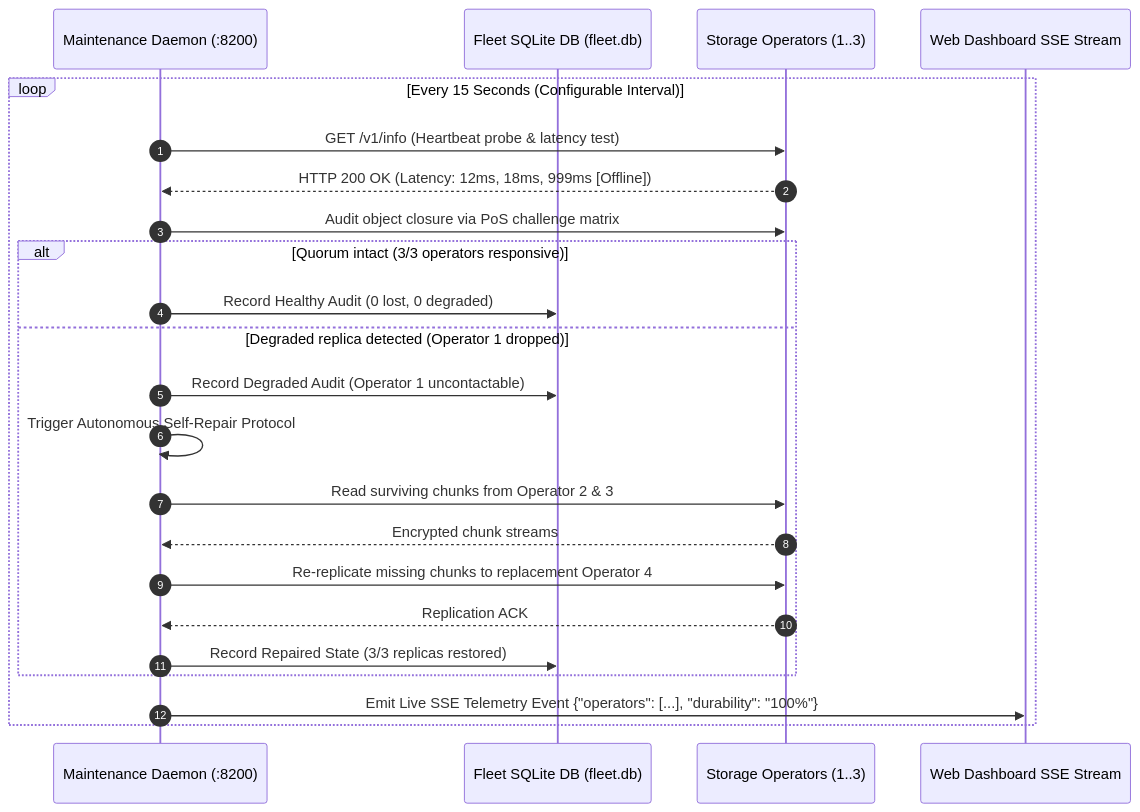
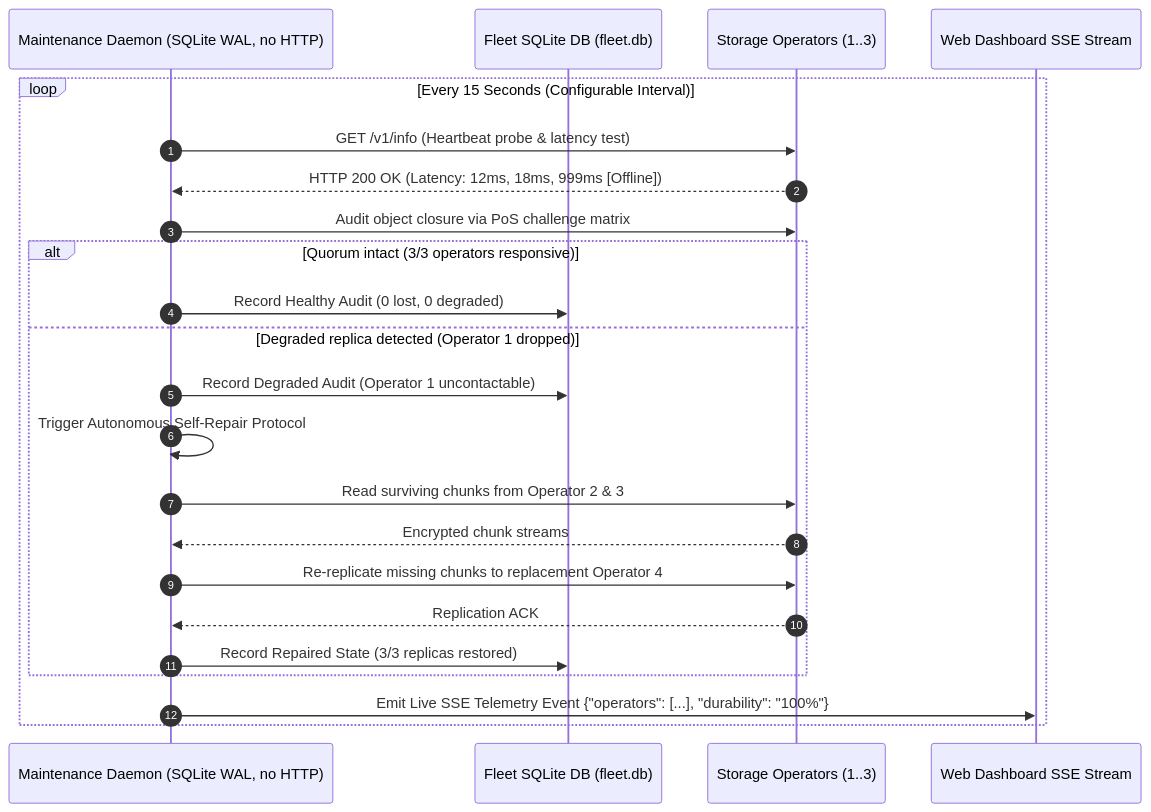
Before and after one commit to samuel-1-avson/CipherVault: the sixth of 14 diagrams in docs/SYSTEM_WORKFLOW.md, drawn with Mermaid. The commit also changed other lines of this file and 85 other files, not shown here.

First line of the commit message:
feat: complete system audit backlog (P1 schema battery, P2 fixes, Phase 4 gates, docs)

````diff
--- a/docs/SYSTEM_WORKFLOW.md
+++ b/docs/SYSTEM_WORKFLOW.md
@@ -341,28 +341,28 @@
 ```mermaid
 sequenceDiagram
     autonumber
-    participant Daemon as Maintenance Daemon (:8200)
+    participant Daemon as Maintenance Daemon (SQLite WAL, no HTTP)
     participant M_DB as Fleet SQLite DB (fleet.db)
     participant Ops as Storage Operators (1..3)
     participant UI as Web Dashboard SSE Stream
 
     loop Every 15 Seconds (Configurable Interval)
         Daemon->>Ops: GET /v1/info (Heartbeat probe & latency test)
         Ops-->>Daemon: HTTP 200 OK (Latency: 12ms, 18ms, 999ms [Offline])
         
         Daemon->>Ops: Audit object closure via PoS challenge matrix
         alt Quorum intact (3/3 operators responsive)
             Daemon->>M_DB: Record Healthy Audit (0 lost, 0 degraded)
         else Degraded replica detected (Operator 1 dropped)
             Daemon->>M_DB: Record Degraded Audit (Operator 1 uncontactable)
             Daemon->>Daemon: Trigger Autonomous Self-Repair Protocol
             Daemon->>Ops: Read surviving chunks from Operator 2 & 3
             Ops-->>Daemon: Encrypted chunk streams
             Daemon->>Ops: Re-replicate missing chunks to replacement Operator 4
             Ops-->>Daemon: Replication ACK
             Daemon->>M_DB: Record Repaired State (3/3 replicas restored)
         end
         
         Daemon->>UI: Emit Live SSE Telemetry Event {"operators": [...], "durability": "100%"}
     end
 ```
````
